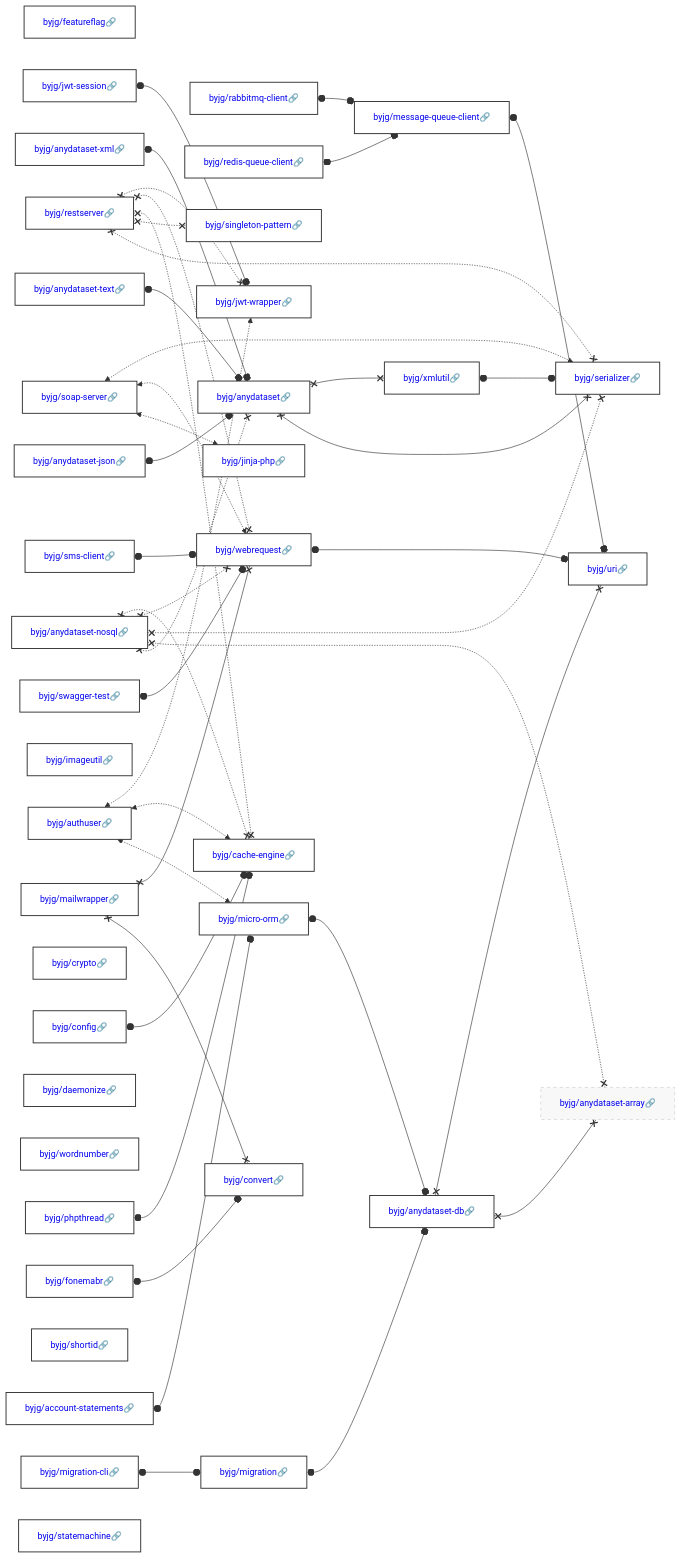
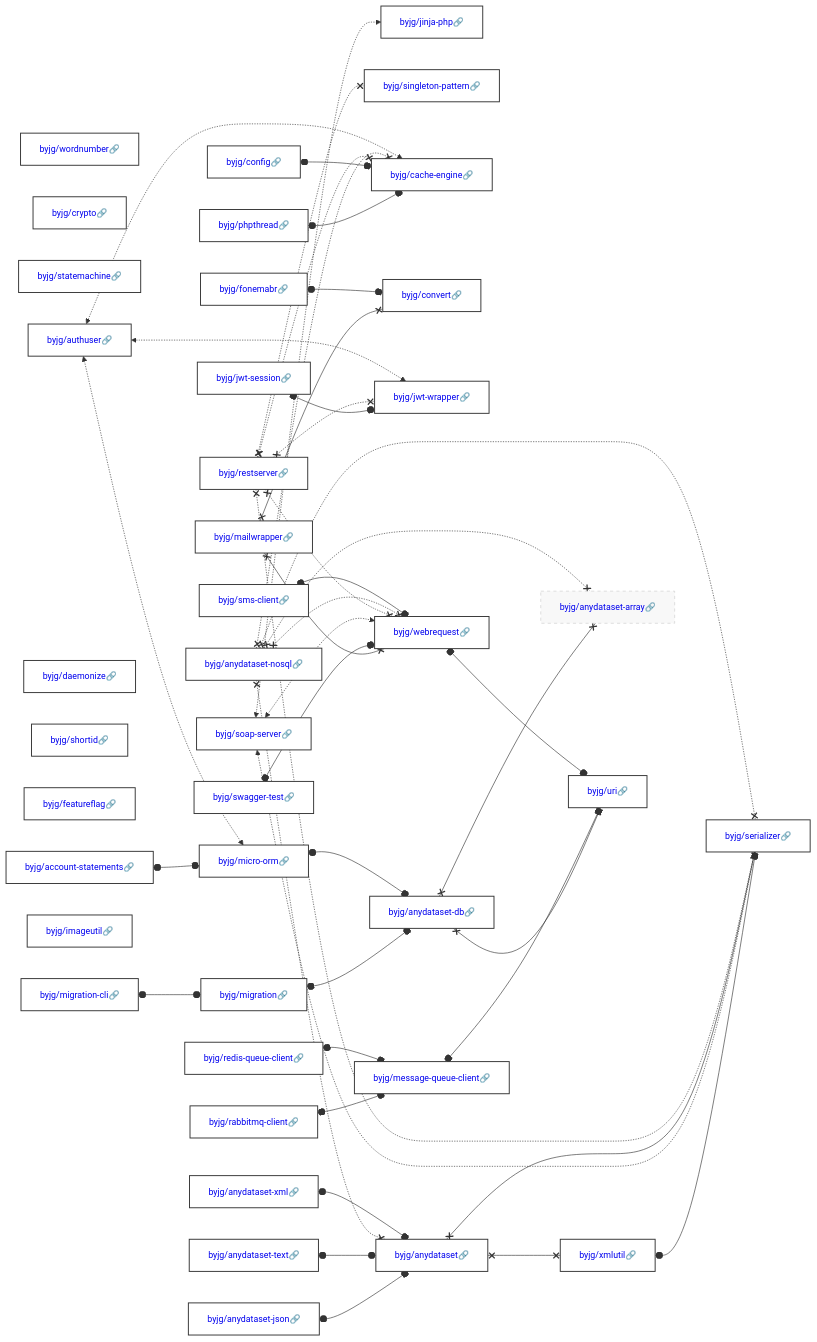
The diagram in docs/php/README.md (byjg/byjg.github.io), drawn with Mermaid before and after one commit. The commit also changed other lines of this file and 5 other files, not shown here.

Commit message:
Update documentation 'php' 'php-wordnumber'

````diff
--- a/docs/php/README.md
+++ b/docs/php/README.md
@@ -3,45 +3,45 @@
 ```mermaid
 graph LR;
+  byjg/anydataset-xml[<a href='https://opensource.byjg.com/docs/php/anydataset-xml' style='text-decoration:none'>byjg/anydataset-xml🔗</a>];
+  byjg/wordnumber[<a href='https://opensource.byjg.com/docs/php/wordnumber' style='text-decoration:none'>byjg/wordnumber🔗</a>];
+  byjg/mailwrapper[<a href='https://opensource.byjg.com/docs/php/mailwrapper' style='text-decoration:none'>byjg/mailwrapper🔗</a>];
+  byjg/soap-server[<a href='https://opensource.byjg.com/docs/php/soap-server' style='text-decoration:none'>byjg/soap-server🔗</a>];
+  byjg/crypto[<a href='https://opensource.byjg.com/docs/php/crypto' style='text-decoration:none'>byjg/crypto🔗</a>];
+  byjg/statemachine[<a href='https://opensource.byjg.com/docs/php/statemachine' style='text-decoration:none'>byjg/statemachine🔗</a>];
+  byjg/phpthread[<a href='https://opensource.byjg.com/docs/php/phpthread' style='text-decoration:none'>byjg/phpthread🔗</a>];
+  byjg/anydataset-text[<a href='https://opensource.byjg.com/docs/php/anydataset-text' style='text-decoration:none'>byjg/anydataset-text🔗</a>];
+  byjg/config[<a href='https://opensource.byjg.com/docs/php/config' style='text-decoration:none'>byjg/config🔗</a>];
+  byjg/authuser[<a href='https://opensource.byjg.com/docs/php/authuser' style='text-decoration:none'>byjg/authuser🔗</a>];
+  byjg/daemonize[<a href='https://opensource.byjg.com/docs/php/daemonize' style='text-decoration:none'>byjg/daemonize🔗</a>];
+  byjg/restserver[<a href='https://opensource.byjg.com/docs/php/restserver' style='text-decoration:none'>byjg/restserver🔗</a>];
+  byjg/anydataset-nosql[<a href='https://opensource.byjg.com/docs/php/anydataset-nosql' style='text-decoration:none'>byjg/anydataset-nosql🔗</a>];
+  byjg/shortid[<a href='https://opensource.byjg.com/docs/php/shortid' style='text-decoration:none'>byjg/shortid🔗</a>];
   byjg/featureflag[<a href='https://opensource.byjg.com/docs/php/featureflag' style='text-decoration:none'>byjg/featureflag🔗</a>];
-  byjg/restserver[<a href='https://opensource.byjg.com/docs/php/restserver' style='text-decoration:none'>byjg/restserver🔗</a>];
-  byjg/authuser[<a href='https://opensource.byjg.com/docs/php/authuser' style='text-decoration:none'>byjg/authuser🔗</a>];
+  byjg/fonemabr[<a href='https://opensource.byjg.com/docs/php/fonemabr' style='text-decoration:none'>byjg/fonemabr🔗</a>];
   byjg/swagger-test[<a href='https://opensource.byjg.com/docs/php/swagger-test' style='text-decoration:none'>byjg/swagger-test🔗</a>];
+  byjg/jwt-session[<a href='https://opensource.byjg.com/docs/php/jwt-session' style='text-decoration:none'>byjg/jwt-session🔗</a>];
+  byjg/redis-queue-client[<a href='https://opensource.byjg.com/docs/php/redis-queue-client' style='text-decoration:none'>byjg/redis-queue-client🔗</a>];
   byjg/account-statements[<a href='https://opensource.byjg.com/docs/php/account-statements' style='text-decoration:none'>byjg/account-statements🔗</a>];
+  byjg/sms-client[<a href='https://opensource.byjg.com/docs/php/sms-client' style='text-decoration:none'>byjg/sms-client🔗</a>];
   byjg/rabbitmq-client[<a href='https://opensource.byjg.com/docs/php/rabbitmq-client' style='text-decoration:none'>byjg/rabbitmq-client🔗</a>];
-  byjg/redis-queue-client[<a href='https://opensource.byjg.com/docs/php/redis-queue-client' style='text-decoration:none'>byjg/redis-queue-client🔗</a>];
-  byjg/anydataset-nosql[<a href='https://opensource.byjg.com/docs/php/anydataset-nosql' style='text-decoration:none'>byjg/anydataset-nosql🔗</a>];
-  byjg/jwt-session[<a href='https://opensource.byjg.com/docs/php/jwt-session' style='text-decoration:none'>byjg/jwt-session🔗</a>];
-  byjg/mailwrapper[<a href='https://opensource.byjg.com/docs/php/mailwrapper' style='text-decoration:none'>byjg/mailwrapper🔗</a>];
+  byjg/anydataset-json[<a href='https://opensource.byjg.com/docs/php/anydataset-json' style='text-decoration:none'>byjg/anydataset-json🔗</a>];
+  byjg/imageutil[<a href='https://opensource.byjg.com/docs/php/imageutil' style='text-decoration:none'>byjg/imageutil🔗</a>];
   byjg/migration-cli[<a href='https://opensource.byjg.com/docs/php/migration-cli' style='text-decoration:none'>byjg/migration-cli🔗</a>];
-  byjg/config[<a href='https://opensource.byjg.com/docs/php/config' style='text-decoration:none'>byjg/config🔗</a>];
-  byjg/imageutil[<a href='https://opensource.byjg.com/docs/php/imageutil' style='text-decoration:none'>byjg/imageutil🔗</a>];
-  byjg/anydataset-json[<a href='https://opensource.byjg.com/docs/php/anydataset-json' style='text-decoration:none'>byjg/anydataset-json🔗</a>];
-  byjg/anydataset-xml[<a href='https://opensource.byjg.com/docs/php/anydataset-xml' style='text-decoration:none'>byjg/anydataset-xml🔗</a>];
-  byjg/crypto[<a href='https://opensource.byjg.com/docs/php/crypto' style='text-decoration:none'>byjg/crypto🔗</a>];
-  byjg/sms-client[<a href='https://opensource.byjg.com/docs/php/sms-client' style='text-decoration:none'>byjg/sms-client🔗</a>];
-  byjg/daemonize[<a href='https://opensource.byjg.com/docs/php/daemonize' style='text-decoration:none'>byjg/daemonize🔗</a>];
-  byjg/wordnumber[<a href='https://opensource.byjg.com/docs/php/wordnumber' style='text-decoration:none'>byjg/wordnumber🔗</a>];
-  byjg/soap-server[<a href='https://opensource.byjg.com/docs/php/soap-server' style='text-decoration:none'>byjg/soap-server🔗</a>];
-  byjg/anydataset-text[<a href='https://opensource.byjg.com/docs/php/anydataset-text' style='text-decoration:none'>byjg/anydataset-text🔗</a>];
-  byjg/shortid[<a href='https://opensource.byjg.com/docs/php/shortid' style='text-decoration:none'>byjg/shortid🔗</a>];
-  byjg/phpthread[<a href='https://opensource.byjg.com/docs/php/phpthread' style='text-decoration:none'>byjg/phpthread🔗</a>];
-  byjg/fonemabr[<a href='https://opensource.byjg.com/docs/php/fonemabr' style='text-decoration:none'>byjg/fonemabr🔗</a>];
-  byjg/statemachine[<a href='https://opensource.byjg.com/docs/php/statemachine' style='text-decoration:none'>byjg/statemachine🔗</a>];
+  byjg/jinja-php[<a href='https://opensource.byjg.com/docs/php/jinja-php' style='text-decoration:none'>byjg/jinja-php🔗</a>];
   byjg/singleton-pattern[<a href='https://opensource.byjg.com/docs/php/singleton-pattern' style='text-decoration:none'>byjg/singleton-pattern🔗</a>];
-  byjg/micro-orm[<a href='https://opensource.byjg.com/docs/php/micro-orm' style='text-decoration:none'>byjg/micro-orm🔗</a>];
-  byjg/message-queue-client[<a href='https://opensource.byjg.com/docs/php/message-queue-client' style='text-decoration:none'>byjg/message-queue-client🔗</a>];
-  byjg/jwt-wrapper[<a href='https://opensource.byjg.com/docs/php/jwt-wrapper' style='text-decoration:none'>byjg/jwt-wrapper🔗</a>];
-  byjg/migration[<a href='https://opensource.byjg.com/docs/php/migration' style='text-decoration:none'>byjg/migration🔗</a>];
-  byjg/jinja-php[<a href='https://opensource.byjg.com/docs/php/jinja-php' style='text-decoration:none'>byjg/jinja-php🔗</a>];
-  byjg/webrequest[<a href='https://opensource.byjg.com/docs/php/webrequest' style='text-decoration:none'>byjg/webrequest🔗</a>];
-  byjg/anydataset[<a href='https://opensource.byjg.com/docs/php/anydataset' style='text-decoration:none'>byjg/anydataset🔗</a>];
   byjg/cache-engine[<a href='https://opensource.byjg.com/docs/php/cache-engine' style='text-decoration:none'>byjg/cache-engine🔗</a>];
   byjg/convert[<a href='https://opensource.byjg.com/docs/php/convert' style='text-decoration:none'>byjg/convert🔗</a>];
+  byjg/jwt-wrapper[<a href='https://opensource.byjg.com/docs/php/jwt-wrapper' style='text-decoration:none'>byjg/jwt-wrapper🔗</a>];
+  byjg/micro-orm[<a href='https://opensource.byjg.com/docs/php/micro-orm' style='text-decoration:none'>byjg/micro-orm🔗</a>];
+  byjg/webrequest[<a href='https://opensource.byjg.com/docs/php/webrequest' style='text-decoration:none'>byjg/webrequest🔗</a>];
+  byjg/message-queue-client[<a href='https://opensource.byjg.com/docs/php/message-queue-client' style='text-decoration:none'>byjg/message-queue-client🔗</a>];
+  byjg/anydataset[<a href='https://opensource.byjg.com/docs/php/anydataset' style='text-decoration:none'>byjg/anydataset🔗</a>];
+  byjg/migration[<a href='https://opensource.byjg.com/docs/php/migration' style='text-decoration:none'>byjg/migration🔗</a>];
+  byjg/xmlutil[<a href='https://opensource.byjg.com/docs/php/xmlutil' style='text-decoration:none'>byjg/xmlutil🔗</a>];
   byjg/anydataset-db[<a href='https://opensource.byjg.com/docs/php/anydataset-db' style='text-decoration:none'>byjg/anydataset-db🔗</a>];
-  byjg/xmlutil[<a href='https://opensource.byjg.com/docs/php/xmlutil' style='text-decoration:none'>byjg/xmlutil🔗</a>];
+  byjg/serializer[<a href='https://opensource.byjg.com/docs/php/serializer' style='text-decoration:none'>byjg/serializer🔗</a>];
   byjg/anydataset-array[<a href='https://opensource.byjg.com/docs/php/anydataset-array' style='text-decoration:none'>byjg/anydataset-array🔗</a>];
   byjg/uri[<a href='https://opensource.byjg.com/docs/php/uri' style='text-decoration:none'>byjg/uri🔗</a>];
-  byjg/serializer[<a href='https://opensource.byjg.com/docs/php/serializer' style='text-decoration:none'>byjg/serializer🔗</a>];
   byjg/mailwrapper x--x byjg/convert;
   byjg/mailwrapper x--x byjg/webrequest;
   byjg/xmlutil o--o byjg/serializer;
````
